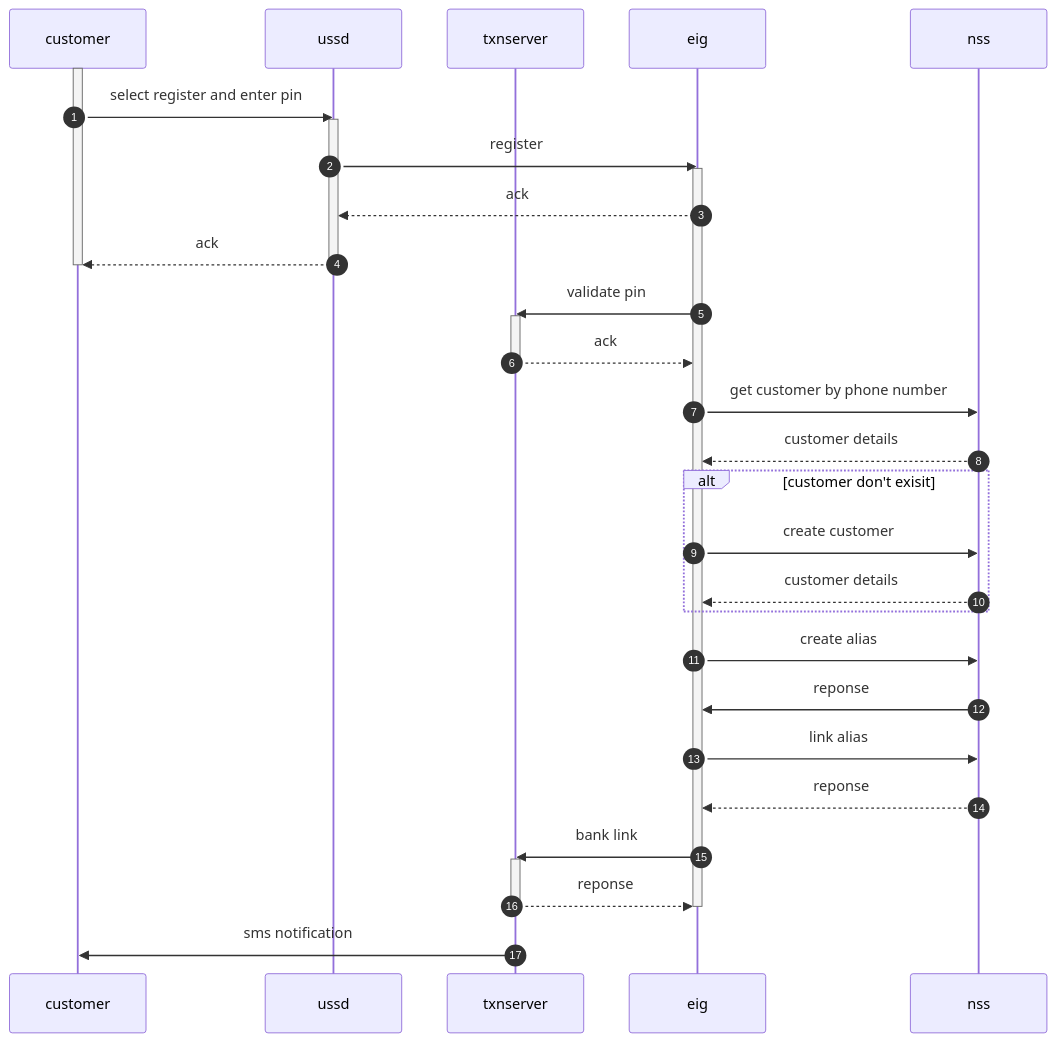
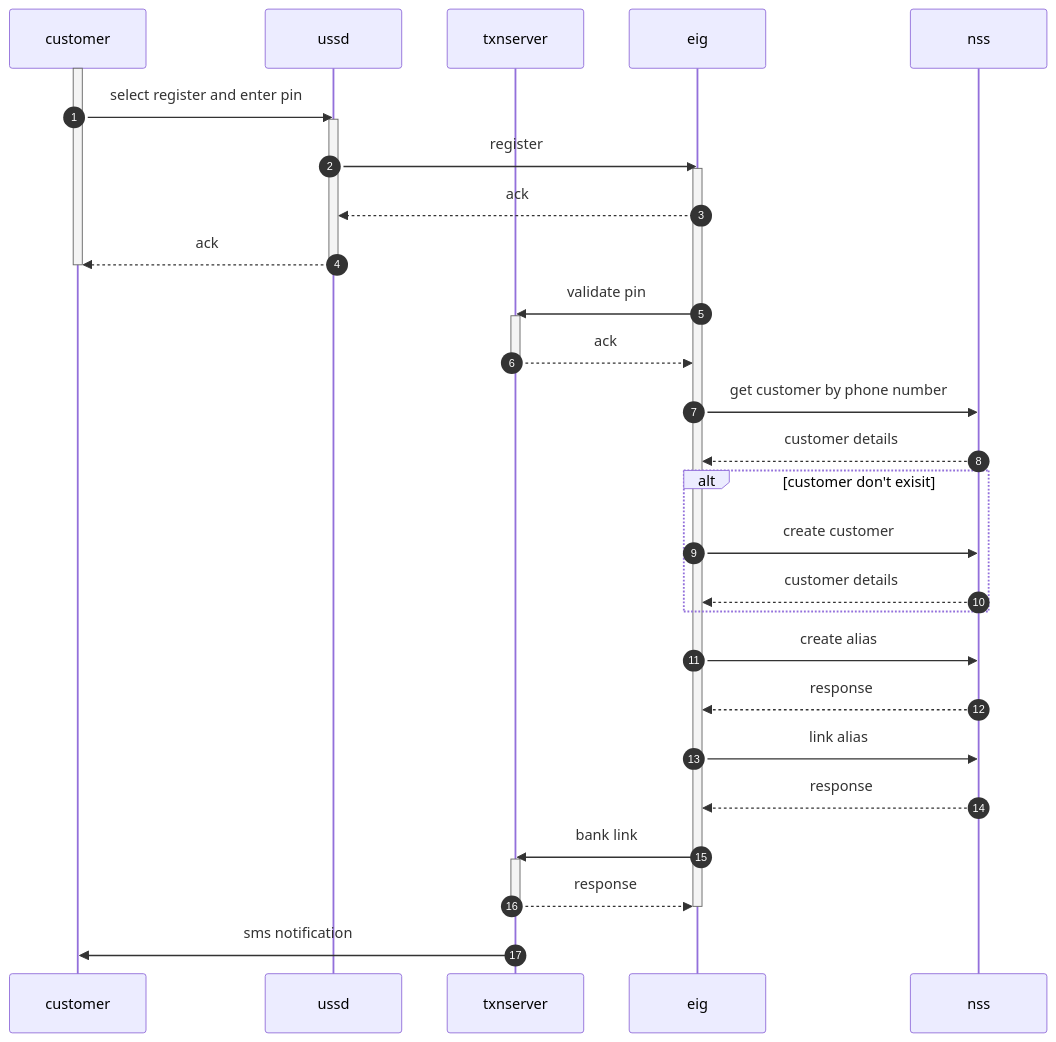
One commit to kiswend/NSS changed the diagram in register.md. Above: the diagram before and after it, drawn with Mermaid. The commit also changed other lines of this file and 3 other files, not shown here.

````diff
--- a/register.md
+++ b/register.md
@@ -8,39 +8,39 @@
 ```mermaid
 sequenceDiagram
     autonumber
     participant customer
     participant ussd
     participant txnserver
     participant eig
     participant nss
 
     activate customer
     customer ->> ussd: select register and enter pin
     activate ussd
     ussd ->> eig: register
     activate eig
     eig -->> ussd: ack
     ussd -->> customer: ack
     deactivate ussd
     deactivate customer
     eig ->> txnserver: validate pin
     activate txnserver
     txnserver -->> eig: ack
     deactivate txnserver
     eig ->> nss: get customer by phone number
     nss -->> eig: customer details
     alt customer don't exisit
         eig ->> nss: create customer
         nss -->> eig: customer details
     end
     eig ->> nss: create alias
-    nss ->> eig: reponse
+    nss -->> eig: response
     eig ->> nss: link alias
-    nss -->> eig: reponse
+    nss -->> eig: response
     eig ->> txnserver: bank link
     activate txnserver
-    txnserver -->> eig: reponse
+    txnserver -->> eig: response
     deactivate txnserver
     deactivate eig
     txnserver ->> customer: sms notification
 ```
````
